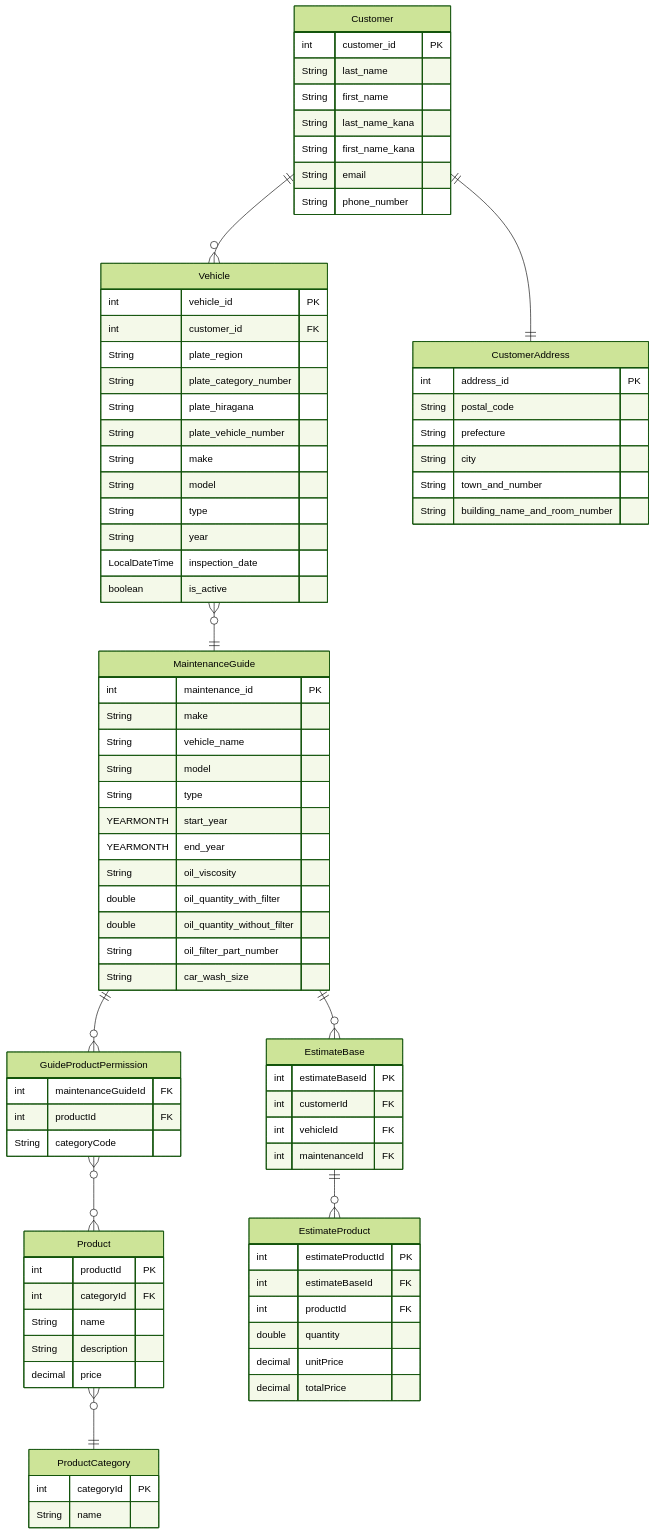
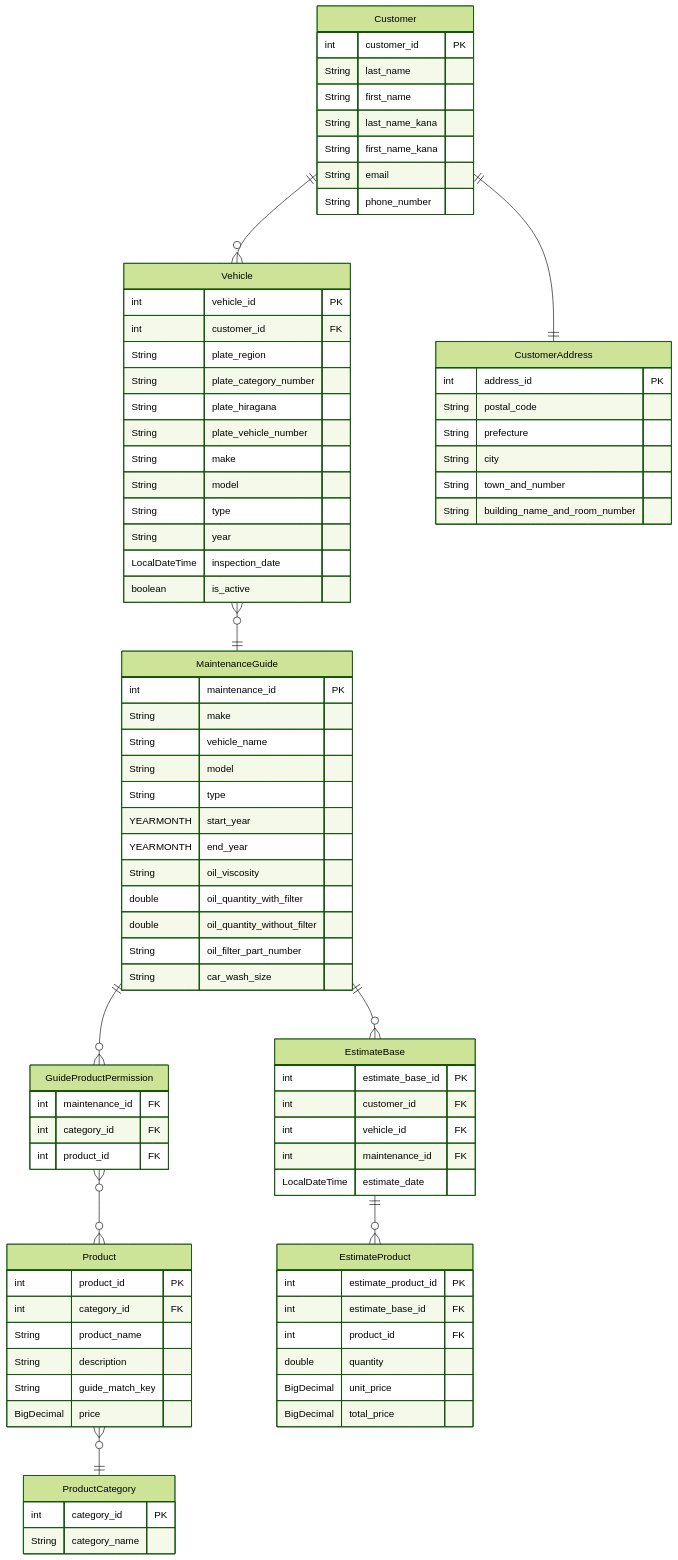
The second of 3 diagrams in README.md (u-1pena/vehicle_estimate), drawn with Mermaid before and after one commit. The commit also changed 183 other files, not shown here.

```diff
--- a/README.md
+++ b/README.md
@@ -189,34 +189,36 @@
         String car_wash_size
     }
     GuideProductPermission {
-        int maintenanceGuideId FK
-        int productId FK
-        String categoryCode
+        int maintenance_id FK
+        int category_id FK
+        int product_id FK
     }
     EstimateBase {
-        int estimateBaseId PK
-        int customerId FK
-        int vehicleId FK
-        int maintenanceId FK
+        int estimate_base_id PK
+        int customer_id FK
+        int vehicle_id FK
+        int maintenance_id FK
+        LocalDateTime estimate_date
     }
     EstimateProduct {
-        int estimateProductId PK
-        int estimateBaseId FK
-        int productId FK
+        int estimate_product_id PK
+        int estimate_base_id FK
+        int product_id FK
         double quantity
-        decimal unitPrice
-        decimal totalPrice
+        BigDecimal unit_price
+        BigDecimal total_price
     }
     Product {
-        int productId PK
-        int categoryId FK
-        String name
+        int product_id PK
+        int category_id FK
+        String product_name
         String description
-        decimal price
+        String guide_match_key
+        BigDecimal price
     }
     ProductCategory {
-        int categoryId PK
-        String name
+        int category_id PK
+        String category_name
     }
 
 
```
